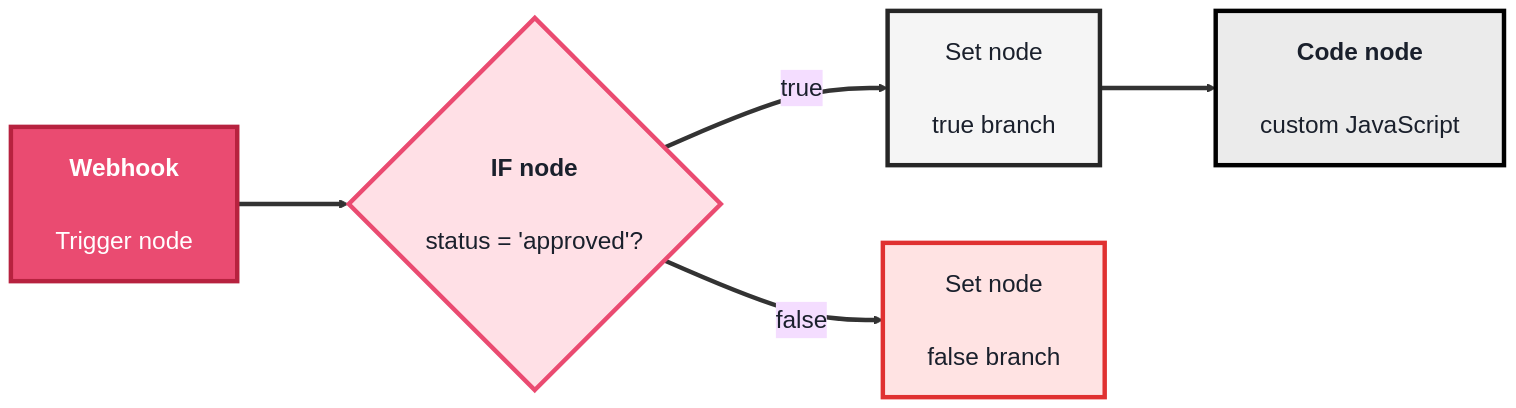
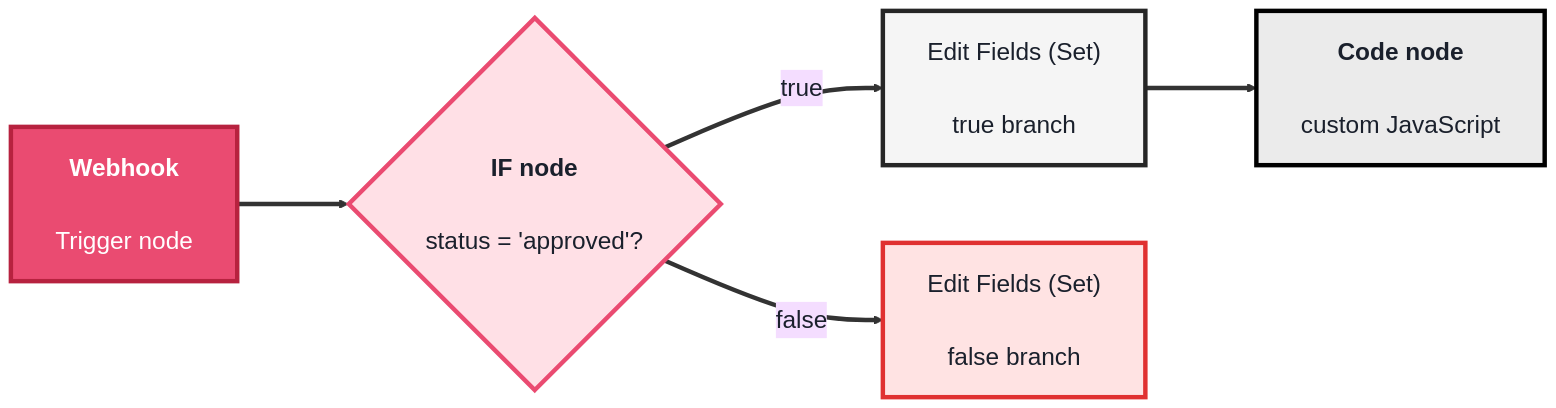
The fifth of 5 diagrams in src/Pages/courses/TechArchs/automation-beginner-course.md (SHEMODELTECH/shemodeltech), drawn with Mermaid before and after one commit. The commit also changed other lines of this file and 26 other files, not shown here.

````diff
--- a/src/Pages/courses/TechArchs/automation-beginner-course.md
+++ b/src/Pages/courses/TechArchs/automation-beginner-course.md
@@ -1139,20 +1139,20 @@
 ```mermaid
 %%{init: {'theme':'base', 'themeVariables': {'fontSize':'22px', 'primaryTextColor':'#1a202c', 'primaryBorderColor':'#b7223f', 'lineColor':'#333333'}, 'flowchart': {'nodeSpacing': 70, 'rankSpacing': 100, 'padding': 20}}}%%
 flowchart LR
     W["<b>Webhook</b><br/><br/>Trigger node"]
     IF{"<b>IF node</b><br/><br/>status = 'approved'?"}
-    S1["Set node<br/><br/>true branch"]
-    S2["Set node<br/><br/>false branch"]
+    S1["Edit Fields (Set)<br/><br/>true branch"]
+    S2["Edit Fields (Set)<br/><br/>false branch"]
     F["<b>Code node</b><br/><br/>custom JavaScript"]
 
     W ==> IF
     IF ==>|true| S1 ==> F
     IF ==>|false| S2
 
     style W fill:#ea4b71,color:#fff,stroke:#b7223f,stroke-width:4px
     style IF fill:#ffe0e6,color:#1a202c,stroke:#ea4b71,stroke-width:4px
     style S1 fill:#F5F5F5,color:#1a202c,stroke:#262626,stroke-width:4px
     style S2 fill:#ffe3e3,color:#1a202c,stroke:#e03131,stroke-width:4px
     style F fill:#EBEBEB,color:#1a202c,stroke:#000000,stroke-width:4px
     linkStyle default stroke-width:4px,stroke:#333333
 ```
````
